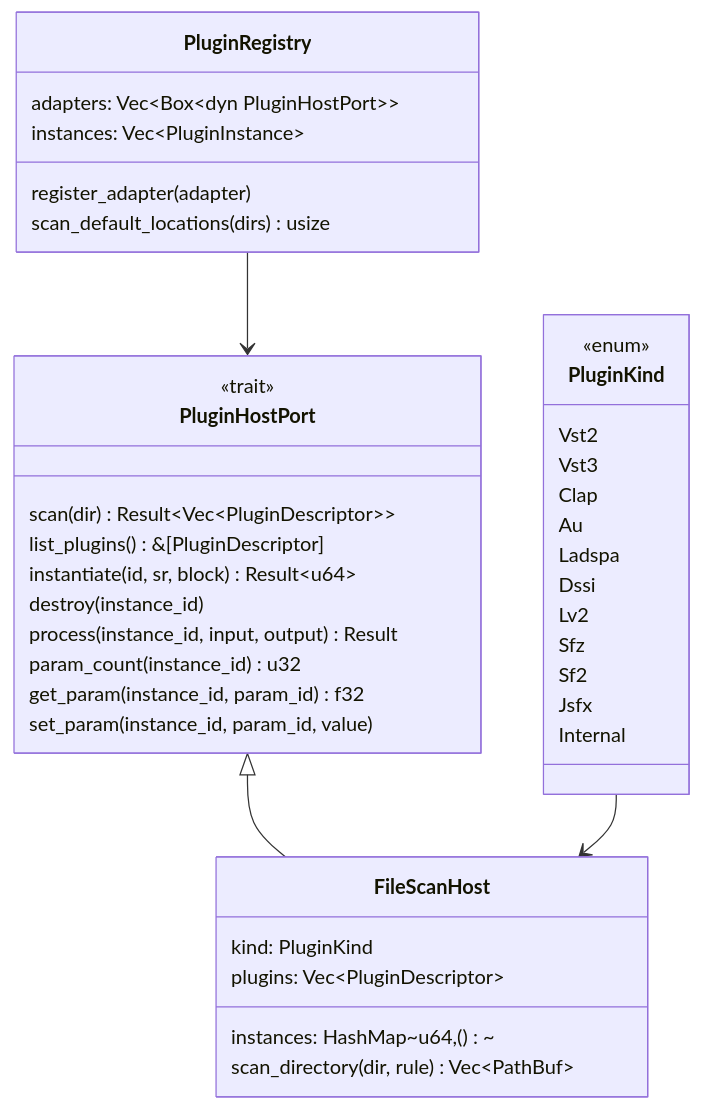
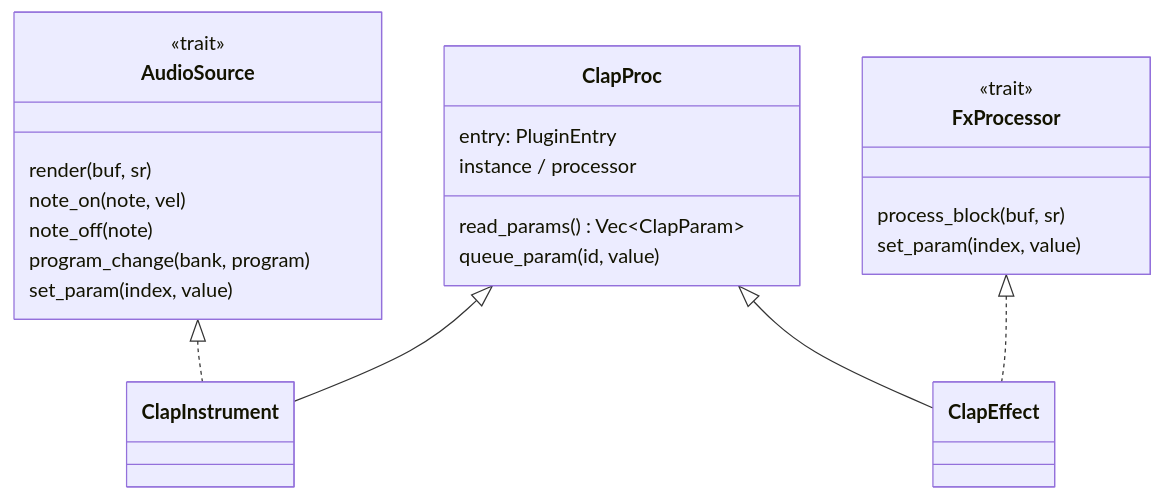
One commit to jacodelia/choz changed the eighth of 8 diagrams in docs/architecture.md. Above: the diagram before and after it, drawn with Mermaid. The commit also changed other lines of this file and 3 other files, not shown here.

````diff
--- a/docs/architecture.md
+++ b/docs/architecture.md
@@ -256,47 +340,29 @@
 ```mermaid
 classDiagram
-    class PluginKind {
-        <<enum>>
-        Vst2
-        Vst3
-        Clap
-        Au
-        Ladspa
-        Dssi
-        Lv2
-        Sfz
-        Sf2
-        Jsfx
-        Internal
+    class AudioSource {
+        <<trait>>
+        render(buf, sr)
+        note_on(note, vel)
+        note_off(note)
+        program_change(bank, program)
+        set_param(index, value)
     }
+    class FxProcessor {
+        <<trait>>
+        process_block(buf, sr)
+        set_param(index, value)
+    }
+    class ClapProc {
+        entry: PluginEntry
+        instance / processor
+        read_params() Vec~ClapParam~
+        queue_param(id, value)
+    }
+    class ClapInstrument
+    class ClapEffect
 
-    class PluginHostPort {
-        <<trait>>
-        scan(dir) Result~Vec~PluginDescriptor~~
-        list_plugins() &[PluginDescriptor]
-        instantiate(id, sr, block) Result~u64~
-        destroy(instance_id)
-        process(instance_id, input, output) Result
-        param_count(instance_id) u32
-        get_param(instance_id, param_id) f32
-        set_param(instance_id, param_id, value)
-    }
-
-    class FileScanHost {
-        kind: PluginKind
-        plugins: Vec~PluginDescriptor~
-        instances: HashMap~u64, ()~
-        scan_directory(dir, rule) Vec~PathBuf~
-    }
-
-    class PluginRegistry {
-        adapters: Vec~Box~dyn PluginHostPort~~
-        instances: Vec~PluginInstance~
-        register_adapter(adapter)
-        scan_default_locations(dirs) usize
-    }
-
-    PluginHostPort <|-- FileScanHost
-    PluginRegistry --> PluginHostPort
-    PluginKind --> FileScanHost
+    ClapProc <|-- ClapInstrument
+    ClapProc <|-- ClapEffect
+    AudioSource <|.. ClapInstrument
+    FxProcessor <|.. ClapEffect
 ```
````
